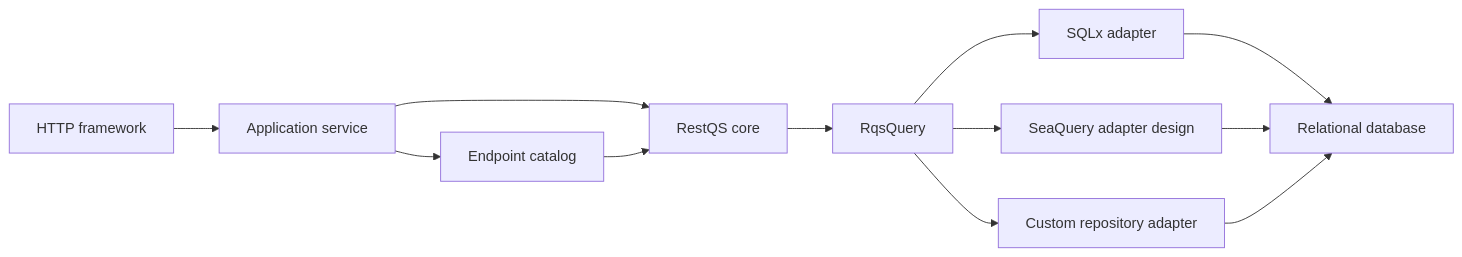
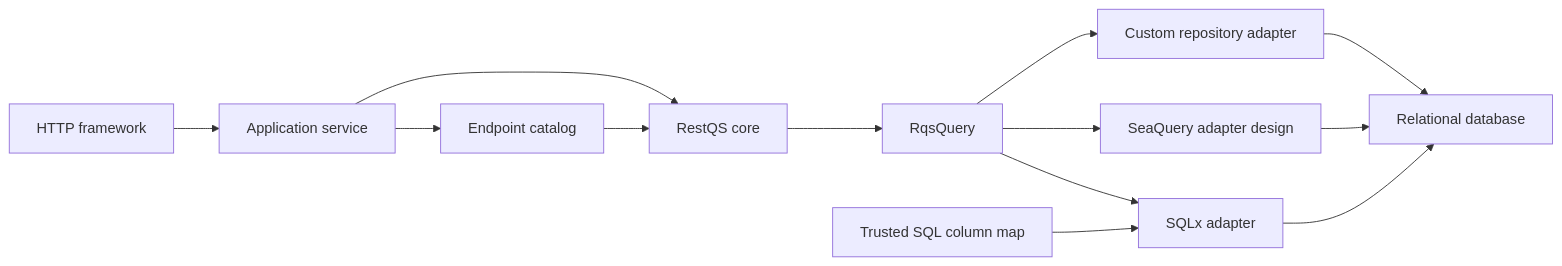
The first of 3 diagrams in docs/architecture.md (OneTesseractInMultiverse/restqs), drawn with Mermaid before and after one commit. The commit also changed other lines of this file and 32 other files, not shown here.

Commit message:
Separate logical fields from SQL column mappings (#15) (#48)

````diff
--- a/docs/architecture.md
+++ b/docs/architecture.md
@@ -10,14 +10,15 @@
 ```mermaid
 flowchart LR
   http["HTTP framework"] --> app["Application service"]
   app --> catalog["Endpoint catalog"]
   app --> parser["RestQS core"]
   catalog --> parser
   parser --> plan["RqsQuery"]
   plan --> sqlx["SQLx adapter"]
+  columns["Trusted SQL column map"] --> sqlx
   plan --> seaquery["SeaQuery adapter design"]
   plan --> custom["Custom repository adapter"]
   sqlx --> db["Relational database"]
   seaquery --> db
   custom --> db
 ```
````
